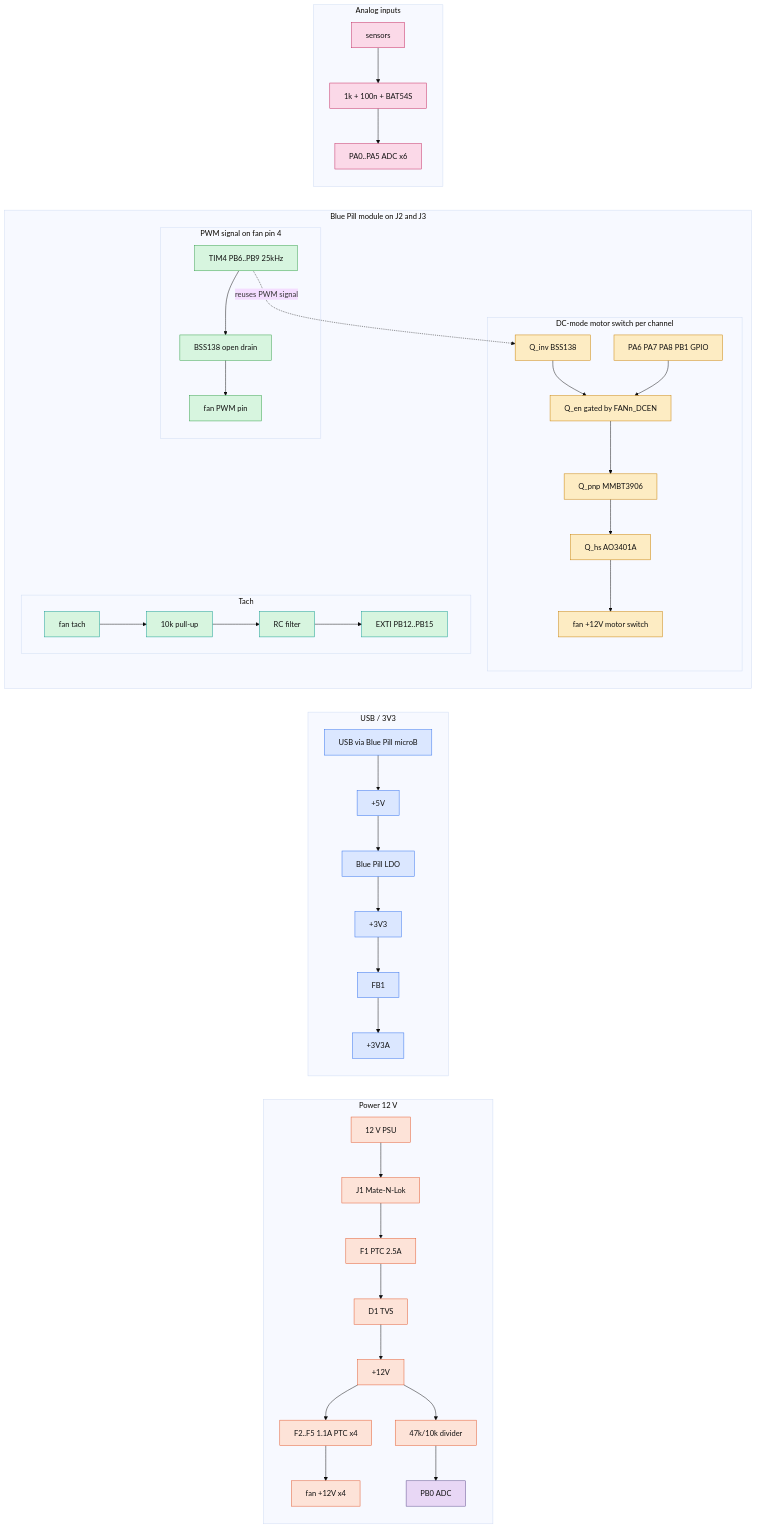
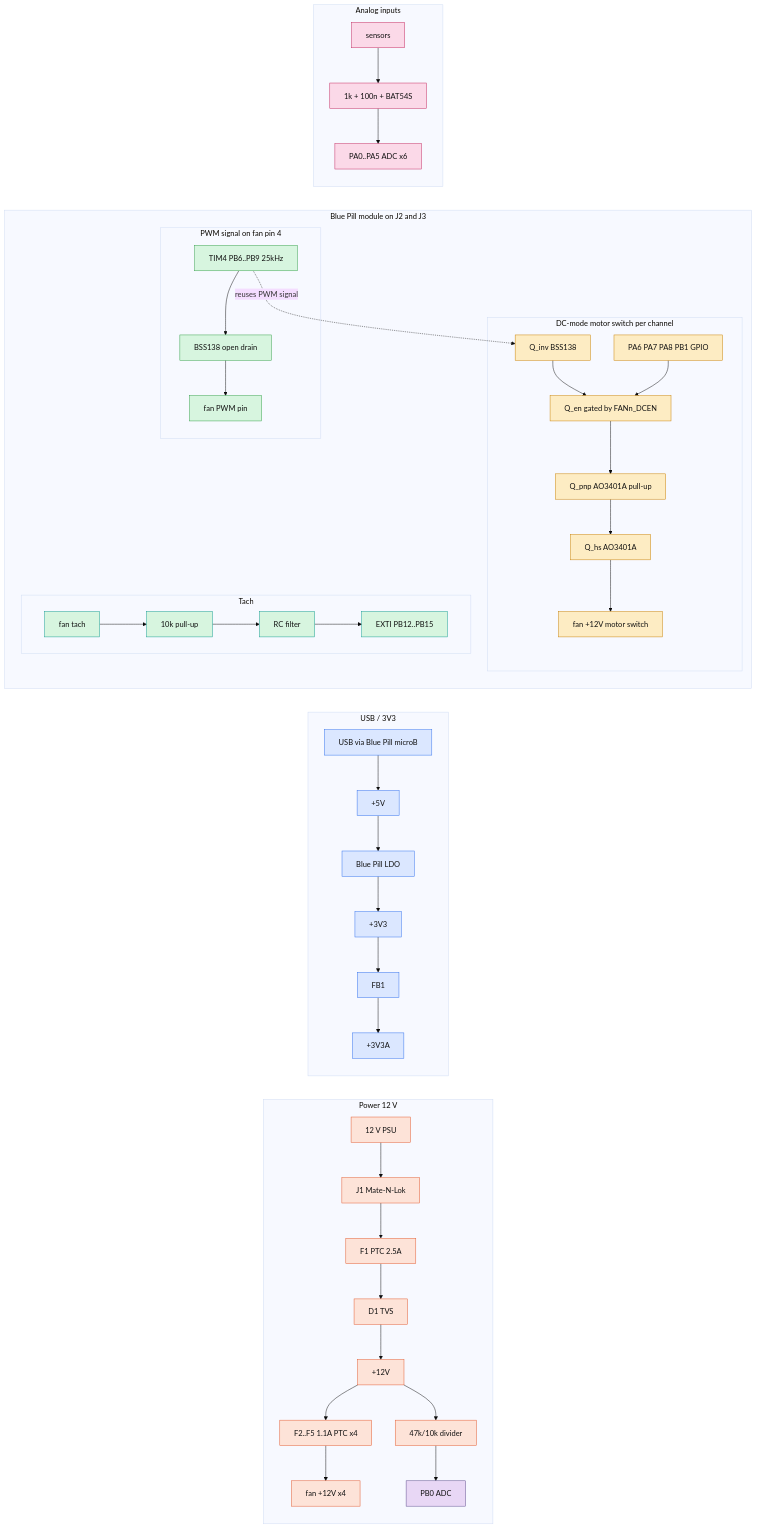
One commit to rmskkn/fanny changed the diagram in README.md. Above: the diagram before and after it, drawn with Mermaid (base theme). The commit also changed other lines of this file and 2 other files, not shown here.

````diff
--- a/README.md
+++ b/README.md
@@ -84,46 +97,46 @@
 ```mermaid
 flowchart LR
     classDef power fill:#fde3d8,stroke:#e2572b,color:#111
     classDef usb fill:#dbe7ff,stroke:#2f6fed,color:#111
     classDef mcu fill:#e8d7f5,stroke:#5b4b8a,color:#111
     classDef pwm fill:#d7f5df,stroke:#2f9e44,color:#111
     classDef dcmode fill:#fdecc3,stroke:#c77f00,color:#111
     classDef tach fill:#d7f5df,stroke:#0f9b8e,color:#111
     classDef analog fill:#fbd9e8,stroke:#c2255c,color:#111
 
     subgraph PWR["Power 12 V"]
         PSU["12 V PSU"] --> J1["J1 Mate-N-Lok"] --> F1["F1 PTC 2.5A"] --> D1["D1 TVS"] --> V12["+12V"]
         V12 --> F25["F2..F5 1.1A PTC x4"] --> FANV["fan +12V x4"]
         V12 --> DIV["47k/10k divider"] --> PB0["PB0 ADC"]
     end
 
     subgraph USB3V3["USB / 3V3"]
         USB["USB via Blue Pill microB"] --> P5V["+5V"] --> LDO["Blue Pill LDO"] --> V33["+3V3"] --> FB1["FB1"] --> V33A["+3V3A"]
     end
 
     subgraph MCU["Blue Pill module on J2 and J3"]
         subgraph PWMSIG["PWM signal on fan pin 4"]
             TIM4["TIM4 PB6..PB9 25kHz"] --> BSS["BSS138 open drain"] --> FPWM["fan PWM pin"]
         end
         subgraph DCMODE["DC-mode motor switch per channel"]
-            QINV["Q_inv BSS138"] --> QEN["Q_en gated by FANn_DCEN"] --> QPNP["Q_pnp MMBT3906"] --> QHS["Q_hs AO3401A"] --> FSW["fan +12V motor switch"]
+            QINV["Q_inv BSS138"] --> QEN["Q_en gated by FANn_DCEN"] --> QPNP["Q_pnp AO3401A pull-up"] --> QHS["Q_hs AO3401A"] --> FSW["fan +12V motor switch"]
             GPIO["PA6 PA7 PA8 PB1 GPIO"] --> QEN
         end
         TIM4 -. reuses PWM signal .-> QINV
         subgraph TACHLANE["Tach"]
             FT["fan tach"] --> PU["10k pull-up"] --> RC["RC filter"] --> EXTI["EXTI PB12..PB15"]
         end
     end
 
     subgraph ANALOG["Analog inputs"]
         SENS["sensors"] --> RCB["1k + 100n + BAT54S"] --> ADC["PA0..PA5 ADC x6"]
     end
 
     class PSU,J1,F1,D1,V12,F25,FANV,DIV power
     class PB0 mcu
     class USB,P5V,LDO,V33,FB1,V33A usb
     class TIM4,BSS,FPWM pwm
     class QINV,QEN,QPNP,QHS,FSW,GPIO dcmode
     class FT,PU,RC,EXTI tach
     class SENS,RCB,ADC analog
 ```
````
